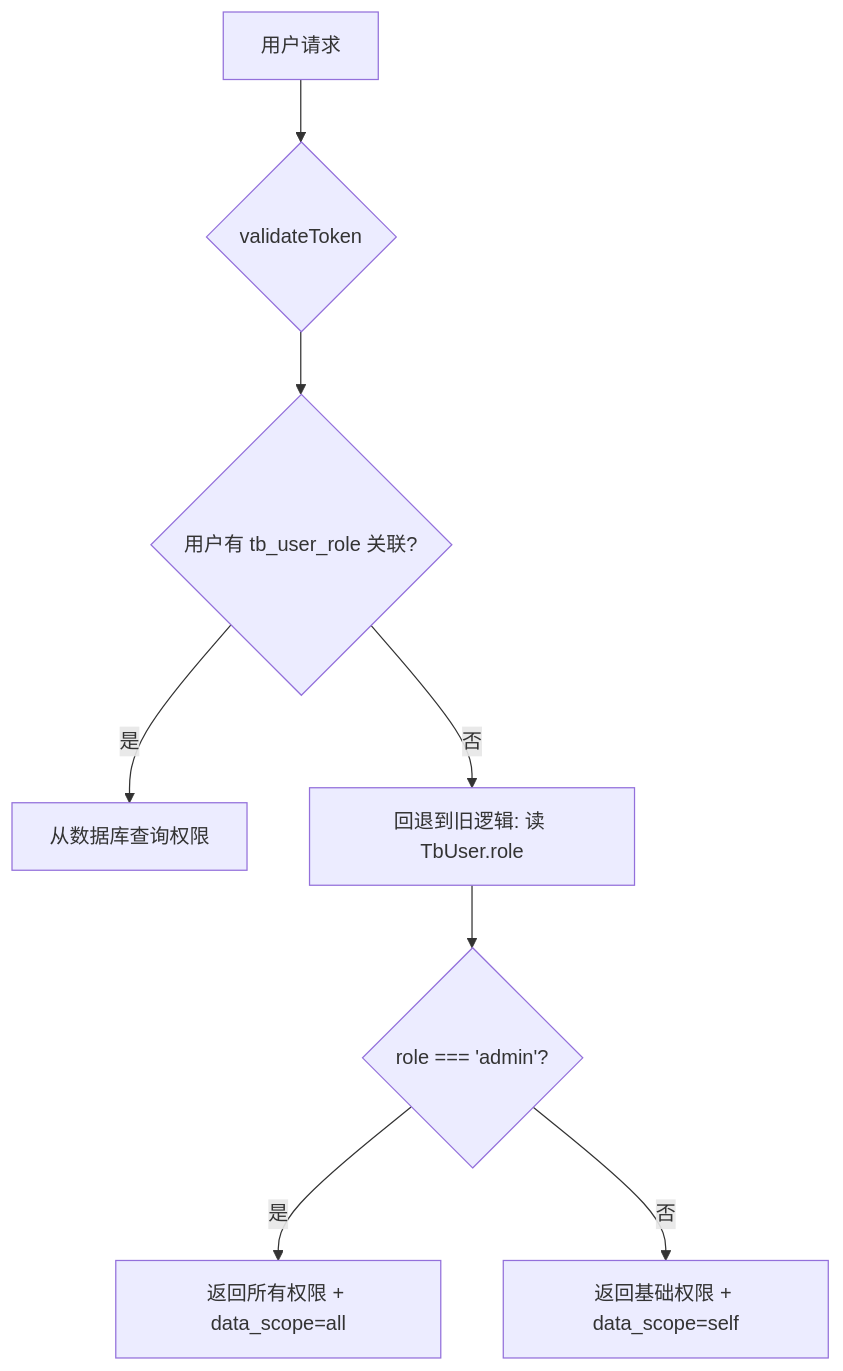
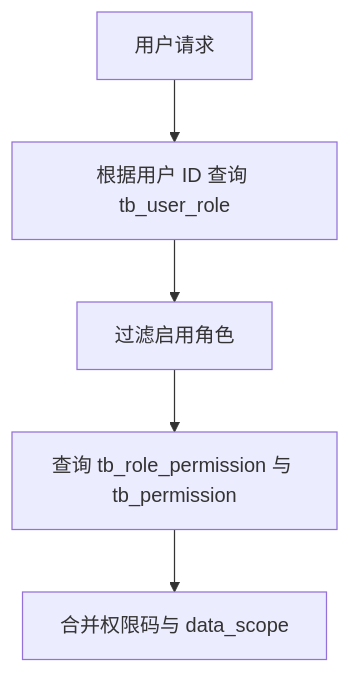
One commit to NNNNzs/react.nnnnzs.cn changed the fourth of 4 diagrams in docs/designs/infra/rbac-config-design.md. Above: the diagram before and after it, drawn with Mermaid. The commit also changed other lines of this file and 42 other files, not shown here.

````diff
--- a/docs/designs/infra/rbac-config-design.md
+++ b/docs/designs/infra/rbac-config-design.md
@@ -1218,10 +1215,7 @@
 ```mermaid
 flowchart TD
-    A[用户请求] --> B{validateToken}
-    B --> C{用户有 tb_user_role 关联?}
-    C -->|是| D[从数据库查询权限]
-    C -->|否| E[回退到旧逻辑: 读 TbUser.role]
-    E --> F{role === 'admin'?}
-    F -->|是| G[返回所有权限 + data_scope=all]
-    F -->|否| H[返回基础权限 + data_scope=self]
+    A[用户请求] --> B[根据用户 ID 查询 tb_user_role]
+    B --> C[过滤启用角色]
+    C --> D[查询 tb_role_permission 与 tb_permission]
+    D --> E[合并权限码与 data_scope]
 ```
````
